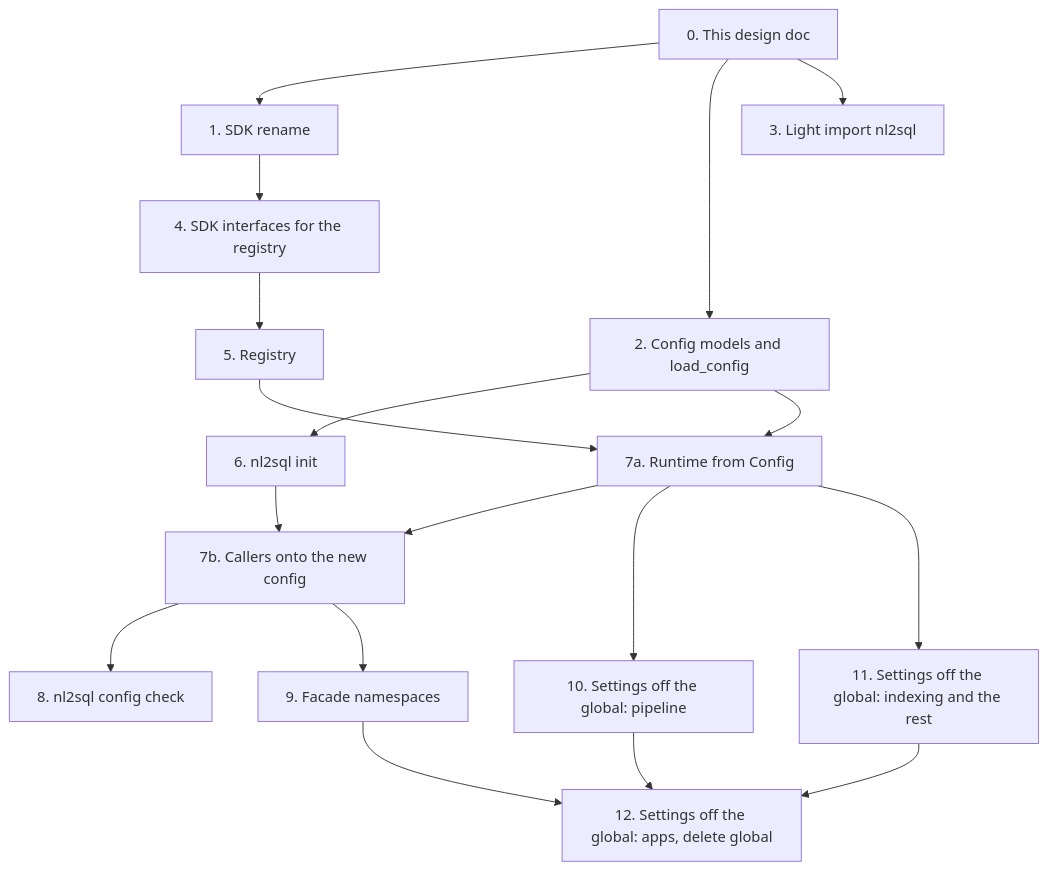
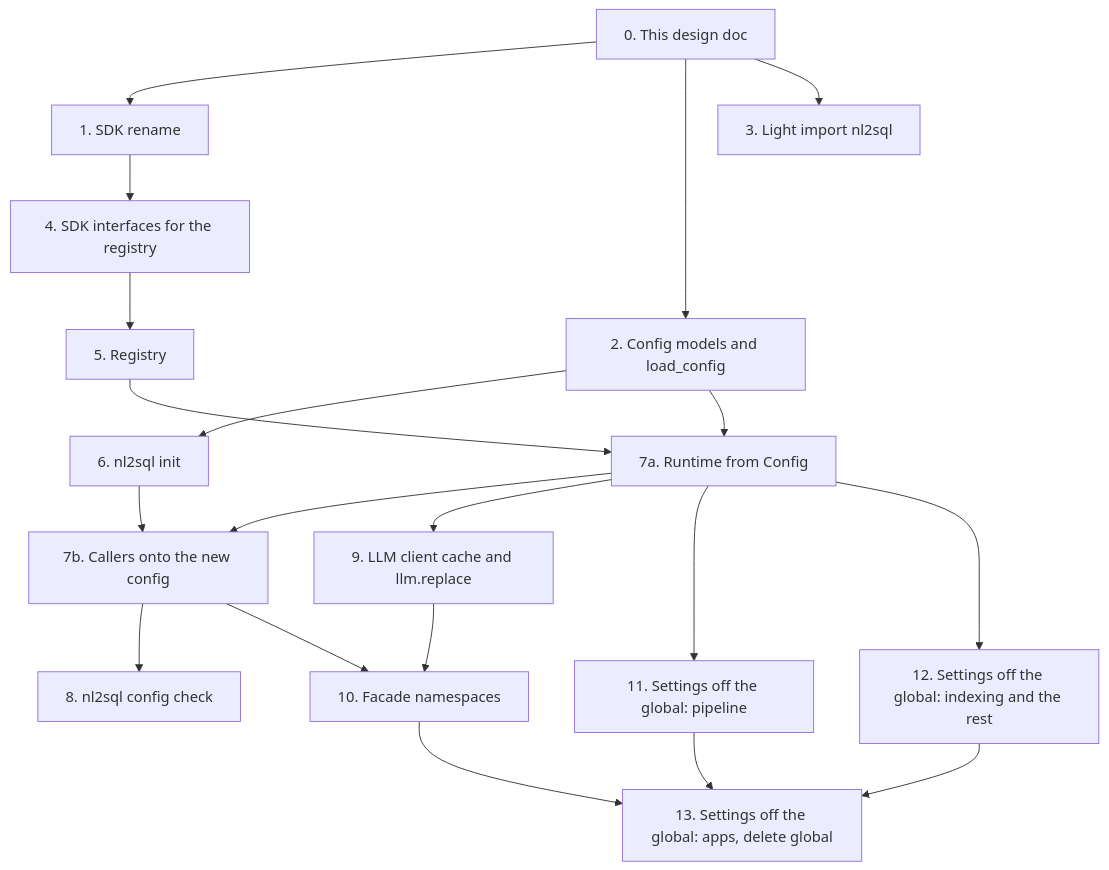
Before and after one commit to nadeem4/nl2sql: the second of 2 diagrams in docs/architecture/configuration_v2.md, drawn with Mermaid. The commit also changed other lines of this file, not shown here.

First line of the commit message:
docs(architecture): record the owner's decisions in the configuration v2 design

````diff
--- a/docs/architecture/configuration_v2.md
+++ b/docs/architecture/configuration_v2.md
@@ -1058,20 +1222,22 @@
 ```mermaid
 flowchart TD
   P0["0. This design doc"] --> P1["1. SDK rename"]
   P0 --> P2["2. Config models and load_config"]
   P0 --> P3["3. Light import nl2sql"]
   P1 --> P4["4. SDK interfaces for the registry"]
   P2 --> P6["6. nl2sql init"]
   P4 --> P5["5. Registry"]
   P2 --> P7a["7a. Runtime from Config"]
   P5 --> P7a
   P7a --> P7b["7b. Callers onto the new config"]
   P6 --> P7b
-  P7a --> P10["10. Settings off the global: pipeline"]
-  P7a --> P11["11. Settings off the global: indexing and the rest"]
+  P7a --> P9["9. LLM client cache and llm.replace"]
+  P7a --> P11["11. Settings off the global: pipeline"]
+  P7a --> P12["12. Settings off the global: indexing and the rest"]
   P7b --> P8["8. nl2sql config check"]
-  P7b --> P9["9. Facade namespaces"]
-  P9 --> P12["12. Settings off the global: apps, delete global"]
-  P10 --> P12
-  P11 --> P12
+  P7b --> P10["10. Facade namespaces"]
+  P9 --> P10
+  P10 --> P13["13. Settings off the global: apps, delete global"]
+  P11 --> P13
+  P12 --> P13
 ```
````
